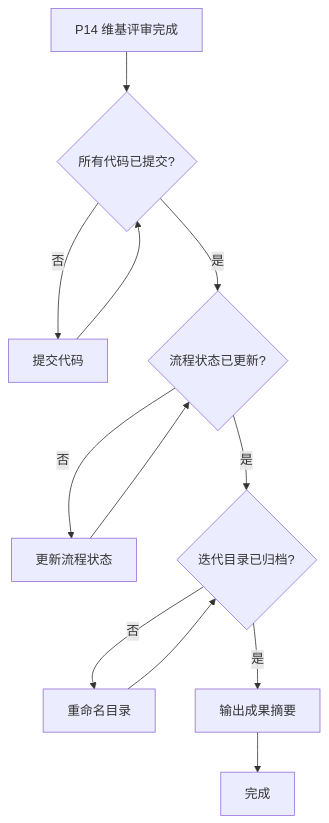
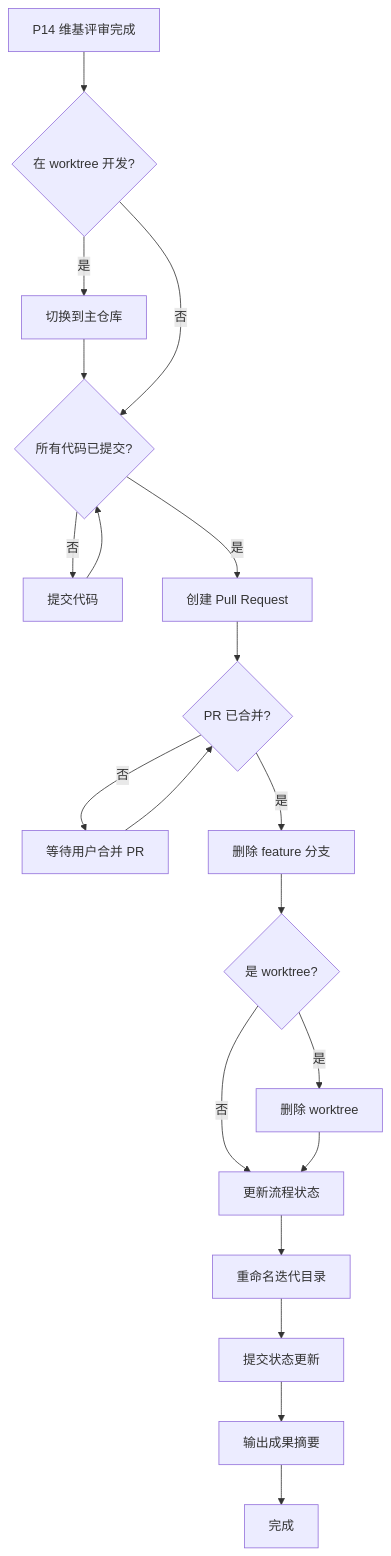
The diagram in .claude/skills/ideal-delivery/SKILL.md (MTleen/cc-workflow), drawn with Mermaid before and after one commit. The commit also changed other lines of this file, not shown here.

Commit message:
feat: ideal-delivery skill 补充 worktree 清理和 PR 流程

````diff
--- a/.claude/skills/ideal-delivery/SKILL.md
+++ b/.claude/skills/ideal-delivery/SKILL.md
@@ -23,14 +25,22 @@
 ```mermaid
 flowchart TD
-    A[P14 维基评审完成] --> B{所有代码已提交?}
-    B -->|否| C[提交代码]
-    C --> B
-    B -->|是| D{流程状态已更新?}
-    D -->|否| E[更新流程状态]
+    A[P14 维基评审完成] --> B{在 worktree 开发?}
+    B -->|是| C[切换到主仓库]
+    C --> D{所有代码已提交?}
+    B -->|否| D
+    D -->|否| E[提交代码]
     E --> D
-    D -->|是| F{迭代目录已归档?}
-    F -->|否| G[重命名目录]
-    G --> F
-    F -->|是| H[输出成果摘要]
-    H --> I[完成]
+    D -->|是| F[创建 Pull Request]
+    F --> G{PR 已合并?}
+    G -->|否| H[等待用户合并 PR]
+    H --> G
+    G -->|是| I[删除 feature 分支]
+    I --> J{是 worktree?}
+    J -->|是| K[删除 worktree]
+    J -->|否| L[更新流程状态]
+    K --> L
+    L --> M[重命名迭代目录]
+    M --> N[提交状态更新]
+    N --> O[输出成果摘要]
+    O --> P[完成]
 ```
````
